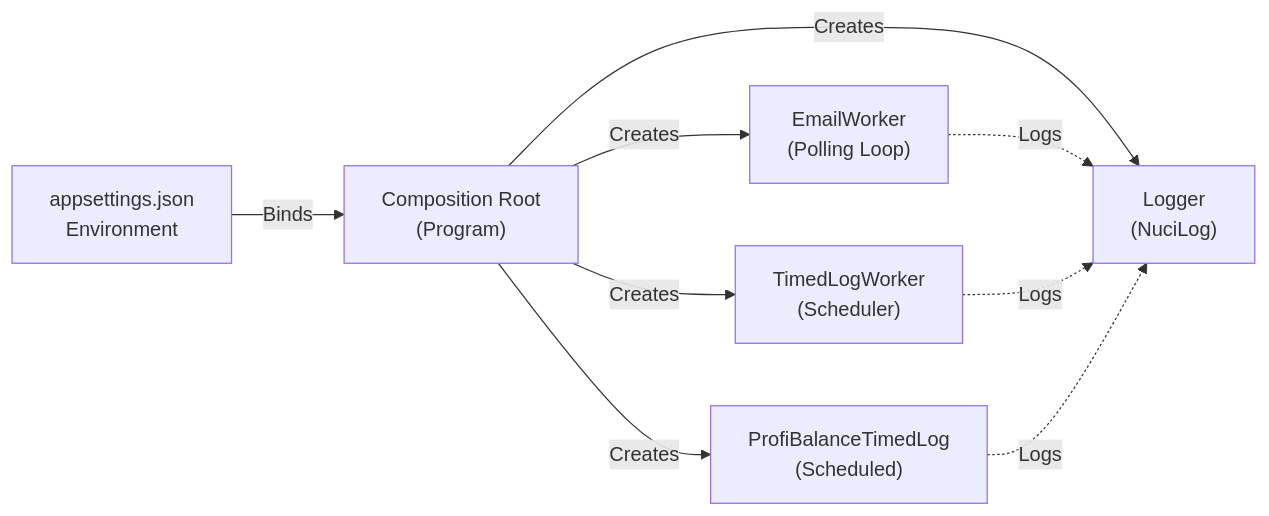
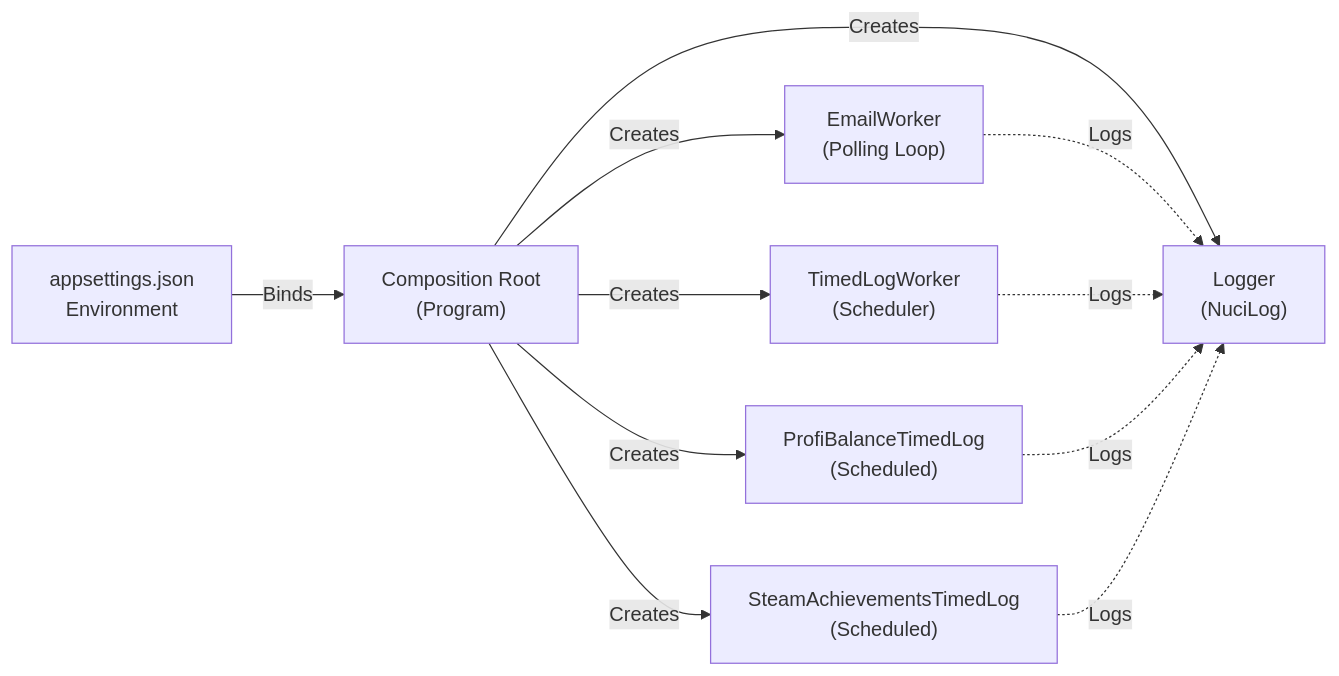
The second of 5 diagrams in ARCHITECTURE.md (hmlendea/personal-data-logger), drawn with Mermaid before and after one commit. The commit also changed other lines of this file and 35 other files, not shown here.

Commit message:
steam: Implemented Steam Achievements logging

````diff
--- a/ARCHITECTURE.md
+++ b/ARCHITECTURE.md
@@ -53,18 +57,21 @@
 ```mermaid
 graph LR
     Config["appsettings.json<br/>Environment"]
     IOC["Composition Root<br/>(Program)"]
     EmailW["EmailWorker<br/>(Polling Loop)"]
     TimedW["TimedLogWorker<br/>(Scheduler)"]
     ProfiLog["ProfiBalanceTimedLog<br/>(Scheduled)"]
+    SteamLog["SteamAchievementsTimedLog<br/>(Scheduled)"]
     Logger["Logger<br/>(NuciLog)"]
 
     Config -->|Binds| IOC
     IOC -->|Creates| EmailW
     IOC -->|Creates| TimedW
     IOC -->|Creates| ProfiLog
+    IOC -->|Creates| SteamLog
     IOC -->|Creates| Logger
     EmailW -.->|Logs| Logger
     TimedW -.->|Logs| Logger
     ProfiLog -.->|Logs| Logger
+    SteamLog -.->|Logs| Logger
 ```
````
